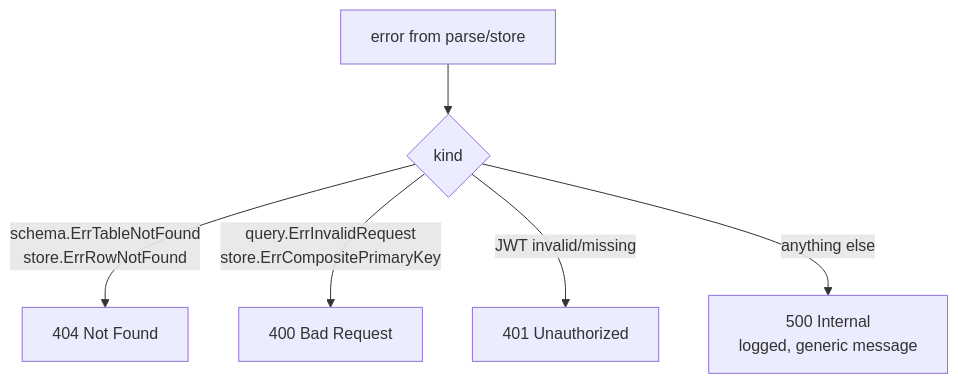
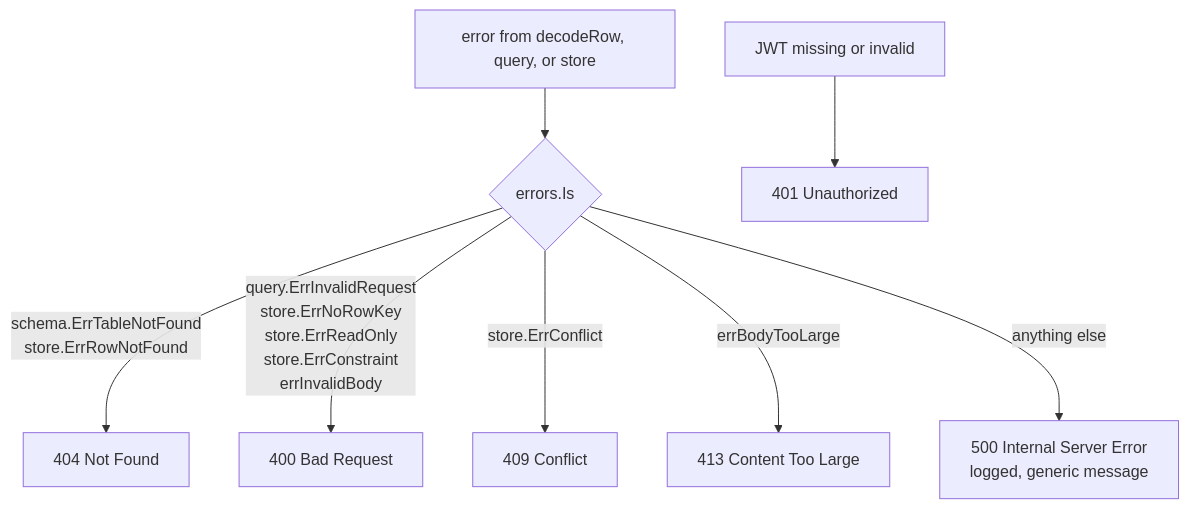
One commit to JayJamieson/libsql-rest changed the third of 3 diagrams in docs/request-flow.md. Above: the diagram before and after it, drawn with Mermaid. The commit also changed other lines of this file and 2 other files, not shown here.

First line of the commit message:
docs: rewrite the README, request flow, and static OpenAPI spec for v1

````diff
--- a/docs/request-flow.md
+++ b/docs/request-flow.md
@@ -116,8 +102,10 @@
 ```mermaid
 flowchart TD
-    err[error from parse/store] --> k{kind}
+    err[error from decodeRow, query, or store] --> k{errors.Is}
     k -->|schema.ErrTableNotFound<br/>store.ErrRowNotFound| c404[404 Not Found]
-    k -->|query.ErrInvalidRequest<br/>store.ErrCompositePrimaryKey| c400[400 Bad Request]
-    k -->|JWT invalid/missing| c401[401 Unauthorized]
-    k -->|anything else| c500[500 Internal<br/>logged, generic message]
+    k -->|query.ErrInvalidRequest<br/>store.ErrNoRowKey<br/>store.ErrReadOnly<br/>store.ErrConstraint<br/>errInvalidBody| c400[400 Bad Request]
+    k -->|store.ErrConflict| c409[409 Conflict]
+    k -->|errBodyTooLarge| c413[413 Content Too Large]
+    k -->|anything else| c500[500 Internal Server Error<br/>logged, generic message]
+    jwt[JWT missing or invalid] --> c401[401 Unauthorized]
 ```
````
